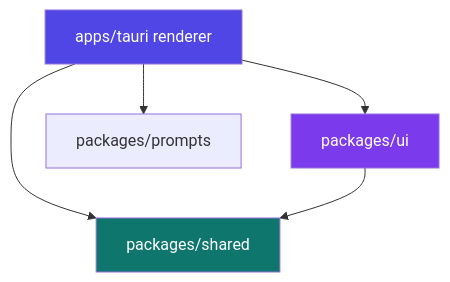
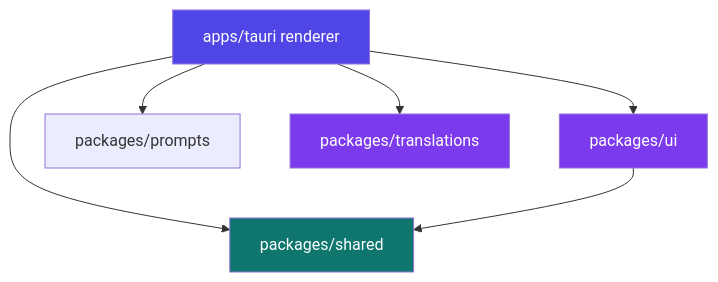
The seventh of 7 diagrams in docs/ARCHITECTURE.md (saeedkolivand/ai-job-hunter-app), drawn with Mermaid before and after one commit. The commit also changed other lines of this file and 199 other files, not shown here.

````diff
--- a/docs/ARCHITECTURE.md
+++ b/docs/ARCHITECTURE.md
@@ -438,16 +442,19 @@
 ```mermaid
 graph TD
     Renderer["apps/tauri renderer"]
     Shared["packages/shared"]
     UI["packages/ui"]
     Prompts["packages/prompts"]
+    Translations["packages/translations"]
 
     Renderer --> Shared
     Renderer --> UI
     Renderer --> Prompts
+    Renderer --> Translations
     UI --> Shared
 
     style Renderer fill:#4f46e5,color:#fff
     style UI fill:#7c3aed,color:#fff
     style Shared fill:#0f766e,color:#fff
+    style Translations fill:#7c3aed,color:#fff
 ```
````
